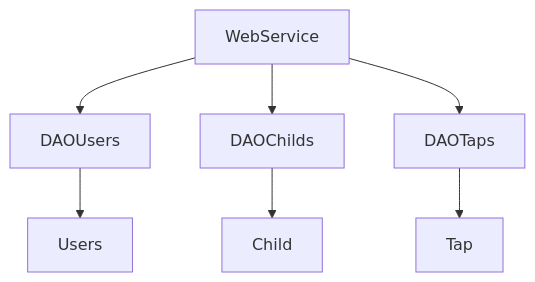
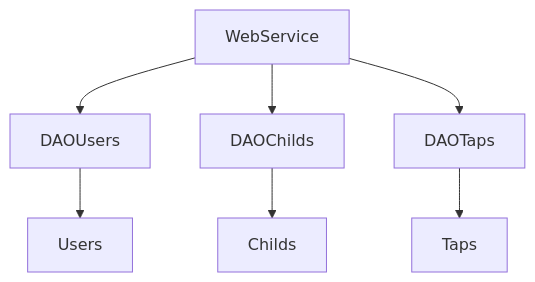
Before and after one commit to Ruben2006676/TapatApp: the diagram in Prototip2/Backend/BackendP2Arquitectura.mermaid, drawn with Mermaid.

Commit message:
BackendP2Arquitectura.mermaid

```diff
--- a/Prototip2/Backend/BackendP2Arquitectura.mermaid
+++ b/Prototip2/Backend/BackendP2Arquitectura.mermaid
@@ -1,8 +1,8 @@
 flowchart TD
     A[WebService] --> B[DAOUsers] 
     A --> C[DAOChilds] 
     A --> D[DAOTaps] 
 
     B --> E[Users] 
-    C --> F[Child] 
-    D --> G[Tap] 
+    C --> F[Childs] 
+    D --> G[Taps] 
```
